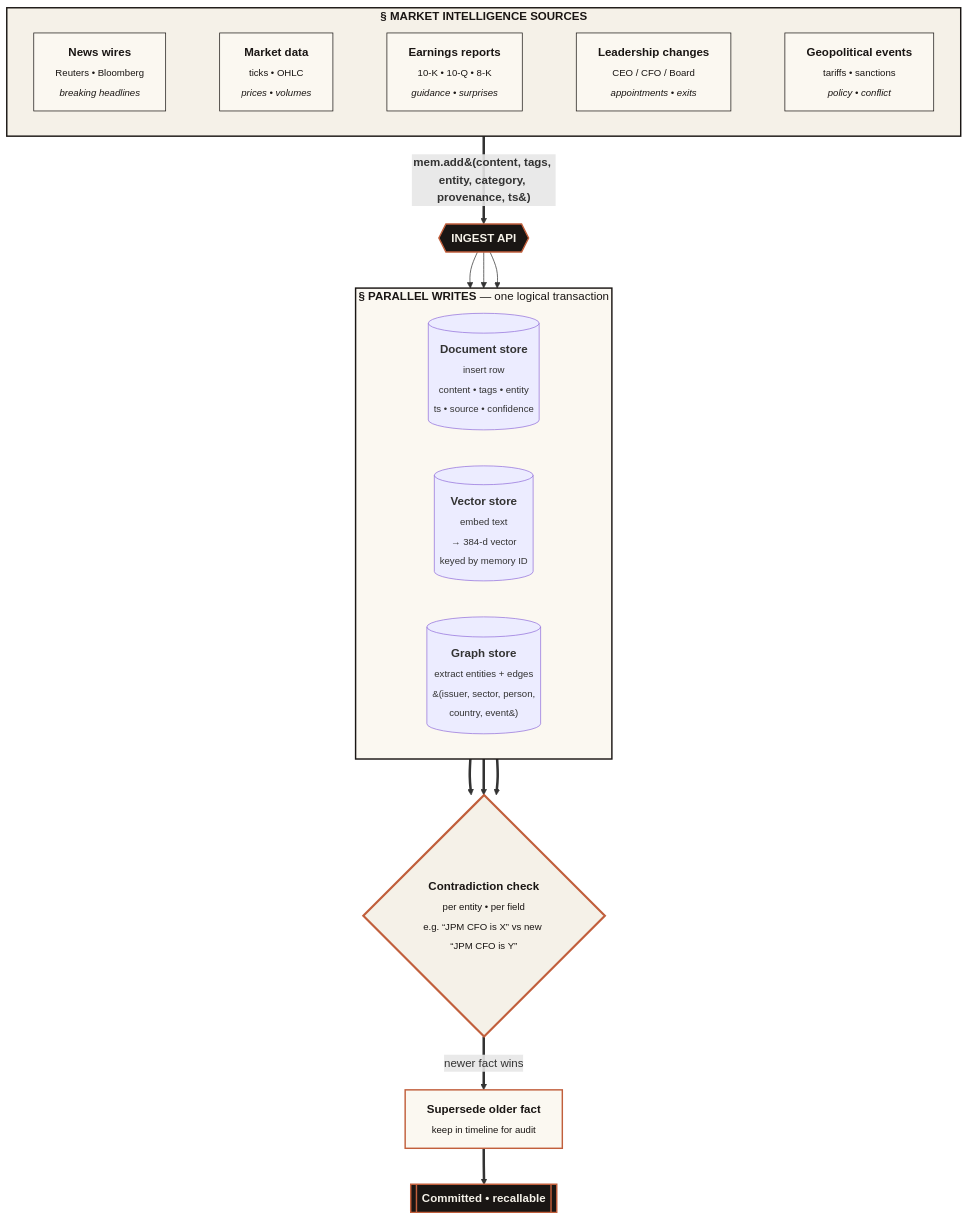
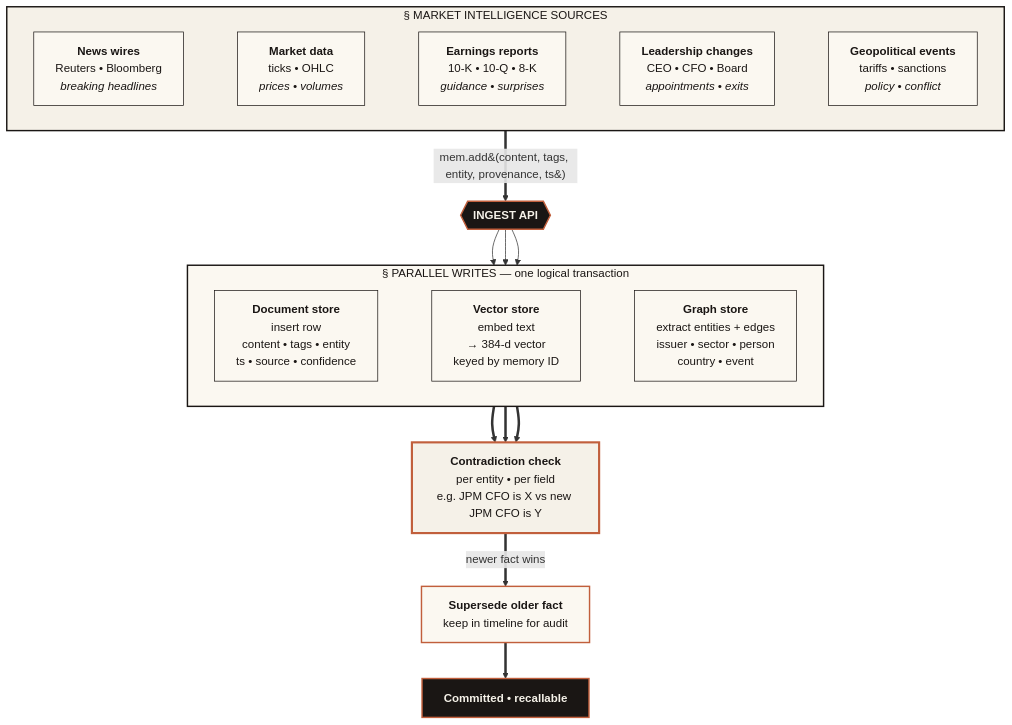
One commit to bolnet/attestor changed the second of 4 diagrams in README.md. Above: the diagram before and after it, drawn with Mermaid. The commit also changed other lines of this file, not shown here.

First line of the commit message:
docs: fix Mermaid syntax in ingestion & recall diagrams

````diff
--- a/README.md
+++ b/README.md
@@ -238,46 +238,52 @@
 ```mermaid
 flowchart TB
-    subgraph SOURCES [<b>&sect; MARKET INTELLIGENCE SOURCES</b>]
+    N1["<b>News wires</b><br/>Reuters &bull; Bloomberg<br/><i>breaking headlines</i>"]
+    N2["<b>Market data</b><br/>ticks &bull; OHLC<br/><i>prices &bull; volumes</i>"]
+    N3["<b>Earnings reports</b><br/>10-K &bull; 10-Q &bull; 8-K<br/><i>guidance &bull; surprises</i>"]
+    N4["<b>Leadership changes</b><br/>CEO &bull; CFO &bull; Board<br/><i>appointments &bull; exits</i>"]
+    N5["<b>Geopolitical events</b><br/>tariffs &bull; sanctions<br/><i>policy &bull; conflict</i>"]
+
+    subgraph SOURCES ["&sect; MARKET INTELLIGENCE SOURCES"]
         direction LR
-        N1[<b>News wires</b><br/><sub>Reuters &bull; Bloomberg<br/><i>breaking headlines</i></sub>]
-        N2[<b>Market data</b><br/><sub>ticks &bull; OHLC<br/><i>prices &bull; volumes</i></sub>]
-        N3[<b>Earnings reports</b><br/><sub>10-K &bull; 10-Q &bull; 8-K<br/><i>guidance &bull; surprises</i></sub>]
-        N4[<b>Leadership changes</b><br/><sub>CEO / CFO / Board<br/><i>appointments &bull; exits</i></sub>]
-        N5[<b>Geopolitical events</b><br/><sub>tariffs &bull; sanctions<br/><i>policy &bull; conflict</i></sub>]
         N1 ~~~ N2 ~~~ N3 ~~~ N4 ~~~ N5
     end
 
-    SOURCES ==>|<b>mem.add&#40;content, tags, entity, category, provenance, ts&#41;</b>| API{{<b>INGEST API</b>}}
+    SOURCES ==>|mem.add&#40;content, tags, entity, provenance, ts&#41;| API{{"<b>INGEST API</b>"}}
 
-    subgraph WRITE [<b>&sect; PARALLEL WRITES</b> &mdash; one logical transaction]
+    D1["<b>Document store</b><br/>insert row<br/>content &bull; tags &bull; entity<br/>ts &bull; source &bull; confidence"]
+    D2["<b>Vector store</b><br/>embed text<br/>&rarr; 384-d vector<br/>keyed by memory ID"]
+    D3["<b>Graph store</b><br/>extract entities + edges<br/>issuer &bull; sector &bull; person<br/>country &bull; event"]
+
+    subgraph WRITE ["&sect; PARALLEL WRITES &mdash; one logical transaction"]
         direction LR
-        D1[(<b>Document store</b><br/><sub>insert row<br/>content &bull; tags &bull; entity<br/>ts &bull; source &bull; confidence</sub>)]
-        D2[(<b>Vector store</b><br/><sub>embed text<br/>&rarr; 384-d vector<br/>keyed by memory ID</sub>)]
-        D3[(<b>Graph store</b><br/><sub>extract entities + edges<br/>&#40;issuer, sector, person,<br/>country, event&#41;</sub>)]
+        D1 ~~~ D2 ~~~ D3
     end
 
     API --> D1
     API --> D2
     API --> D3
 
+    CD["<b>Contradiction check</b><br/>per entity &bull; per field<br/>e.g. JPM CFO is X vs new JPM CFO is Y"]
+
     D1 ==> CD
     D2 ==> CD
     D3 ==> CD
 
-    CD{<b>Contradiction check</b><br/><sub>per entity &bull; per field<br/>e.g. &ldquo;JPM CFO is X&rdquo; vs new &ldquo;JPM CFO is Y&rdquo;</sub>}
-
-    CD ==>|newer fact wins| SUP[<b>Supersede older fact</b><br/><sub>keep in timeline for audit</sub>]
-    SUP ==> DONE[[<b>Committed &bull; recallable</b>]]
+    CD ==>|newer fact wins| SUP["<b>Supersede older fact</b><br/>keep in timeline for audit"]
+    SUP ==> DONE["<b>Committed &bull; recallable</b>"]
 
     style SOURCES fill:#F5F1E8,stroke:#1A1614,stroke-width:2px,color:#1A1614
     style WRITE   fill:#FBF8F1,stroke:#1A1614,stroke-width:2px,color:#1A1614
     style API     fill:#1A1614,stroke:#C15F3C,stroke-width:2px,color:#F5F1E8
     style CD      fill:#F5F1E8,stroke:#C15F3C,stroke-width:3px,color:#1A1614
     style SUP     fill:#FBF8F1,stroke:#C15F3C,stroke-width:2px,color:#1A1614
     style DONE    fill:#1A1614,stroke:#C15F3C,stroke-width:2px,color:#F5F1E8
     style N1      fill:#FBF8F1,stroke:#1A1614,color:#1A1614
     style N2      fill:#FBF8F1,stroke:#1A1614,color:#1A1614
     style N3      fill:#FBF8F1,stroke:#1A1614,color:#1A1614
     style N4      fill:#FBF8F1,stroke:#1A1614,color:#1A1614
     style N5      fill:#FBF8F1,stroke:#1A1614,color:#1A1614
+    style D1      fill:#FBF8F1,stroke:#1A1614,color:#1A1614
+    style D2      fill:#FBF8F1,stroke:#1A1614,color:#1A1614
+    style D3      fill:#FBF8F1,stroke:#1A1614,color:#1A1614
 ```
````
